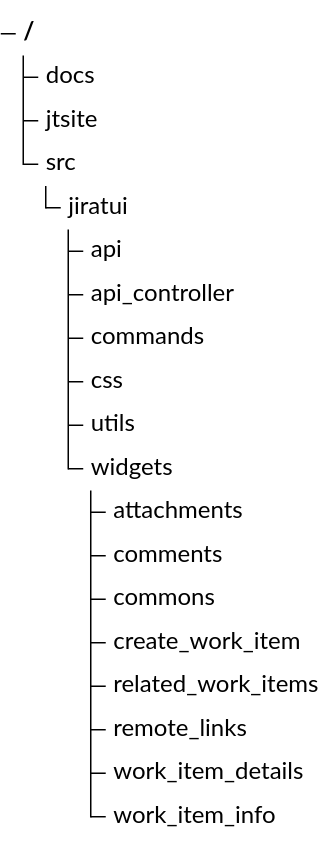
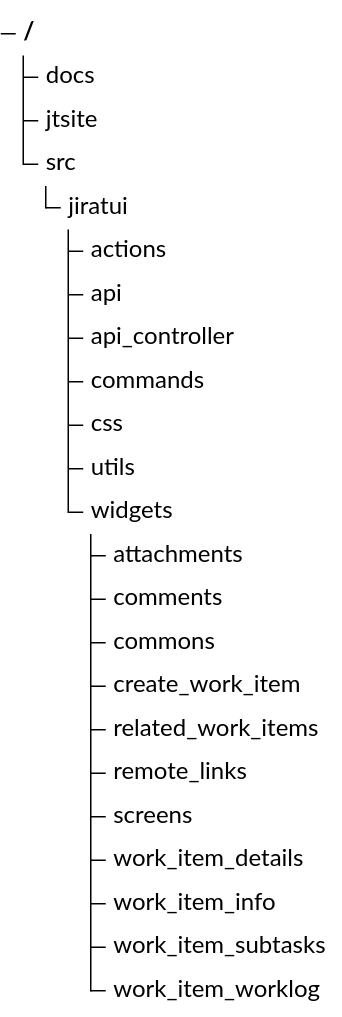
The diagram in docs/developers/getting-started/codebase.md (whyisdifficult/jiratui), drawn with Mermaid before and after one commit. The commit also changed other lines of this file and 12 other files, not shown here.

````diff
--- a/docs/developers/getting-started/codebase.md
+++ b/docs/developers/getting-started/codebase.md
@@ -3,21 +3,25 @@
 ```{mermaid}
 treeView-beta
     "docs"
     "jtsite"
     "src"
         "jiratui"
+            "actions"
             "api"
             "api_controller"
             "commands"
             "css"
             "utils"
             "widgets"
                 "attachments"
                 "comments"
                 "commons"
                 "create_work_item"
                 "related_work_items"
                 "remote_links"
+                "screens"
                 "work_item_details"
                 "work_item_info"
+                "work_item_subtasks"
+                "work_item_worklog"
 ```
````
